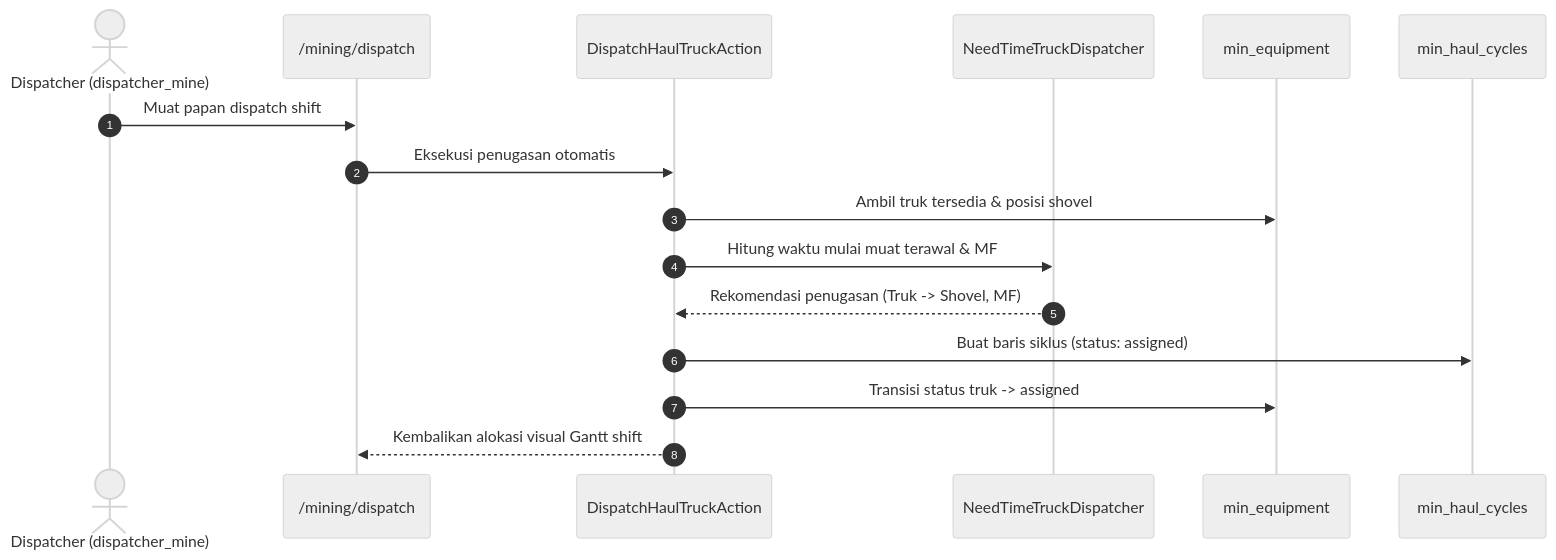
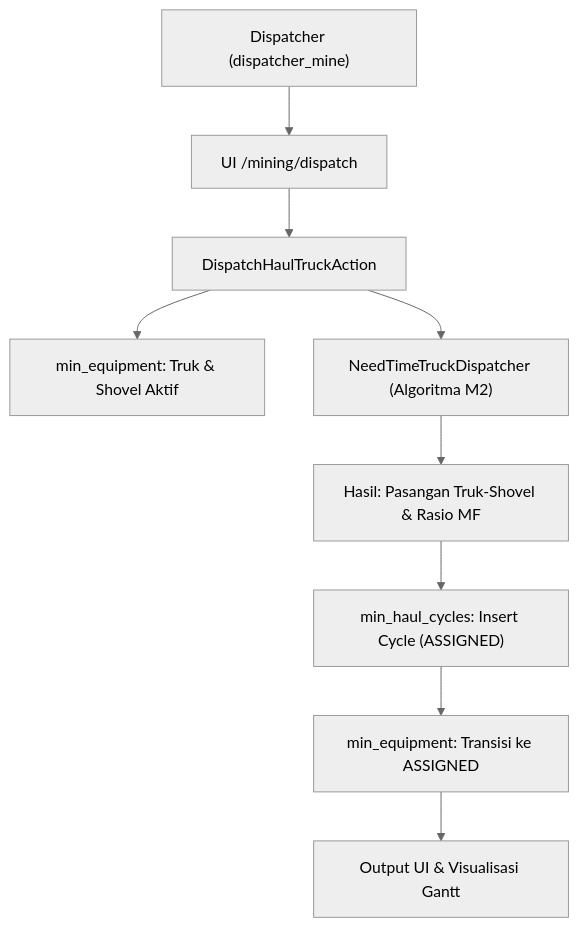
Before and after one commit to Orls967/SuperWeb: the fifth of 8 diagrams in docs/design/fase-93.md, drawn with Mermaid (neutral theme). The commit also changed other lines of this file and 116 other files, not shown here.

````diff
--- a/docs/design/fase-93.md
+++ b/docs/design/fase-93.md
@@ -90,19 +90,11 @@
 ```mermaid
-sequenceDiagram
-    autonumber
-    actor Dispatcher as Dispatcher (dispatcher_mine)
-    participant UI as /mining/dispatch
-    participant Action as DispatchHaulTruckAction
-    participant M2 as NeedTimeTruckDispatcher
-    participant Equipment as min_equipment
-    participant Cycle as min_haul_cycles
-
-    Dispatcher->>UI: Muat papan dispatch shift
-    UI->>Action: Eksekusi penugasan otomatis
-    Action->>Equipment: Ambil truk tersedia & posisi shovel
-    Action->>M2: Hitung waktu mulai muat terawal & MF
-    M2-->>Action: Rekomendasi penugasan (Truk -> Shovel, MF)
-    Action->>Cycle: Buat baris siklus (status: assigned)
-    Action->>Equipment: Transisi status truk -> assigned
-    Action-->>UI: Kembalikan alokasi visual Gantt shift
+flowchart TD
+    D["Dispatcher (dispatcher_mine)"] --> UI["UI /mining/dispatch"]
+    UI --> A["DispatchHaulTruckAction"]
+    A --> E["min_equipment: Truk & Shovel Aktif"]
+    A --> M2["NeedTimeTruckDispatcher (Algoritma M2)"]
+    M2 --> RES["Hasil: Pasangan Truk-Shovel & Rasio MF"]
+    RES --> HC["min_haul_cycles: Insert Cycle (ASSIGNED)"]
+    HC --> EQ["min_equipment: Transisi ke ASSIGNED"]
+    EQ --> OUT["Output UI & Visualisasi Gantt"]
 ```
````
